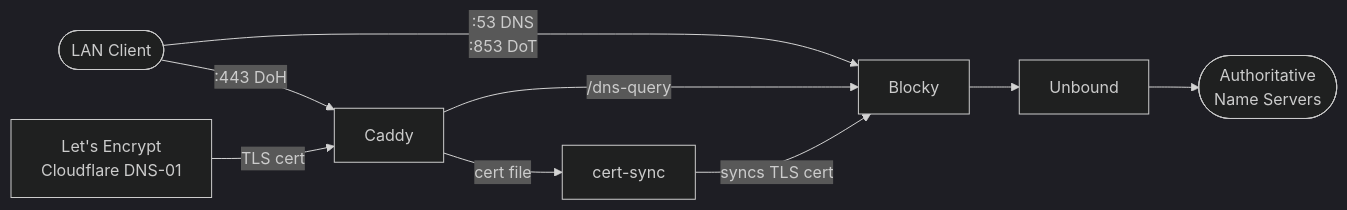
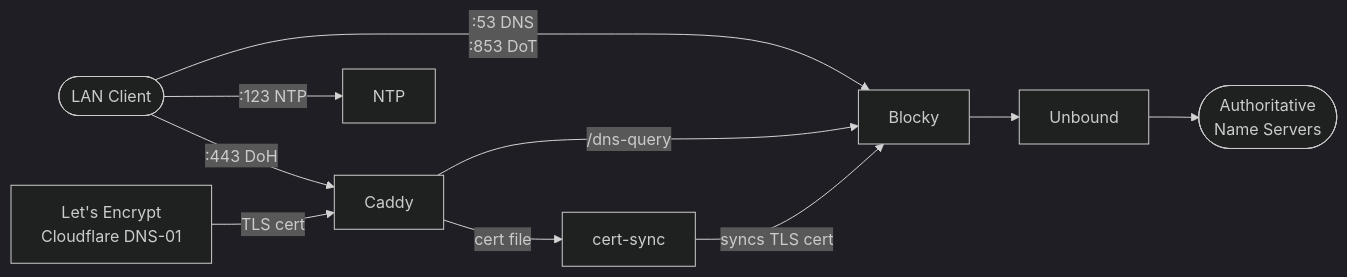
The diagram in README.md (gitgc/home-dns), drawn with Mermaid (dark theme) before and after one commit.

Commit message:
Add ntp to diagram

````diff
--- a/README.md
+++ b/README.md
@@ -7,18 +7,20 @@
 ```mermaid
 flowchart LR
     Client([LAN Client])
     Blocky[Blocky]
     Unbound[Unbound]
     Caddy[Caddy]
     CertSync[cert-sync]
+    NTP[NTP]
     Auth([Authoritative<br>Name Servers])
     LE["Let's Encrypt<br>Cloudflare DNS-01"]
 
     Client -->|":53 DNS<br>:853 DoT"| Blocky
     Client -->|":443 DoH"| Caddy
+    Client -->|":123 NTP"| NTP
     Caddy -->|"/dns-query"| Blocky
     Blocky --> Unbound --> Auth
     LE -->|"TLS cert"| Caddy
     Caddy -->|"cert file"| CertSync
     CertSync -->|"syncs TLS cert"| Blocky
 ```
````
